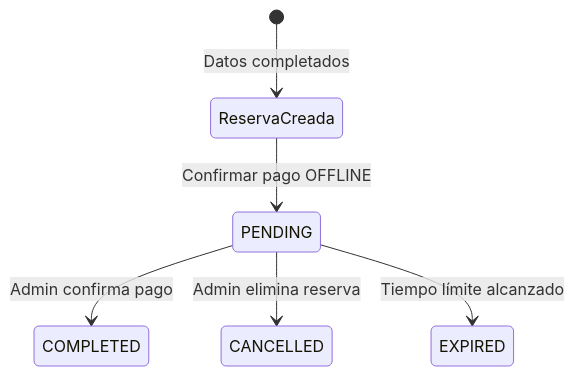
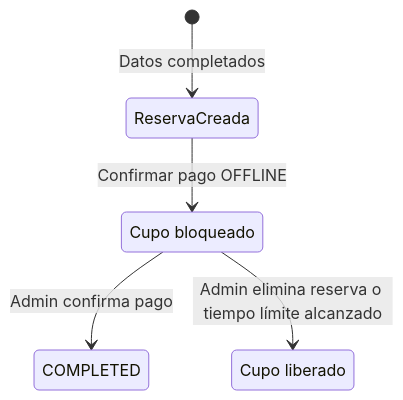
The second of 4 diagrams in wiki/Diseño-de-Casos-de-Prueba-Funcionales.md (catarinas-ps-2026/alf.io), drawn with Mermaid before and after one commit. The commit also changed other lines of this file, not shown here.

````diff
--- a/wiki/Diseño-de-Casos-de-Prueba-Funcionales.md
+++ b/wiki/Diseño-de-Casos-de-Prueba-Funcionales.md
@@ -295,8 +295,9 @@
 ```mermaid
 stateDiagram-v2
     [*] --> ReservaCreada: Datos completados
     ReservaCreada --> PENDING: Confirmar pago OFFLINE
     PENDING --> COMPLETED: Admin confirma pago
-    PENDING --> CANCELLED: Admin elimina reserva
-    PENDING --> EXPIRED: Tiempo límite alcanzado
+    PENDING --> CANCELLED: Admin elimina reserva o tiempo límite alcanzado
+    state "Cupo bloqueado" as PENDING
+    state "Cupo liberado" as CANCELLED
 ```
````
